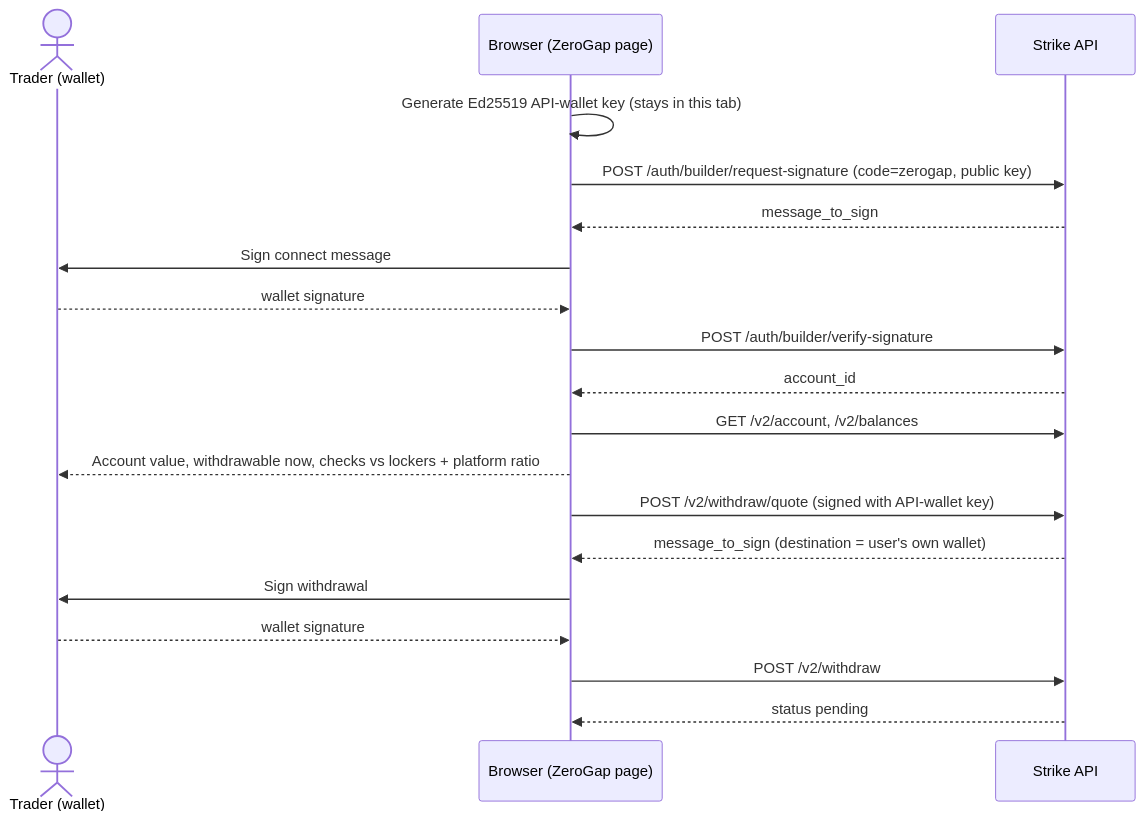
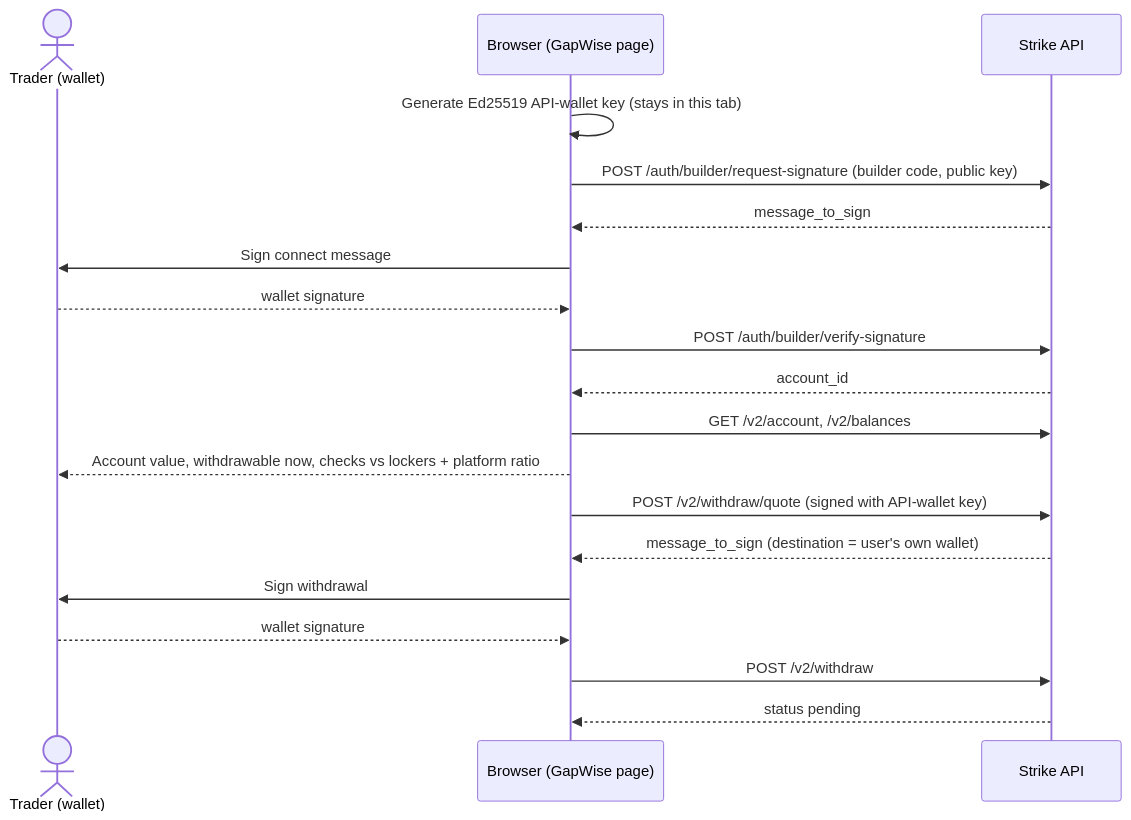
One commit to Lakshmikanth-3/GapWise changed the fourth of 4 diagrams in README.md. Above: the diagram before and after it, drawn with Mermaid. The commit also changed other lines of this file and 7 other files, not shown here.

Commit message:
Presentation: GapWise name only in README, docs, slides and site; pre-existing parts stated once, neutrally; GAPWISE_NETWORK / GAPWISE_URL aliases

````diff
--- a/README.md
+++ b/README.md
@@ -383,21 +358,21 @@
 ```mermaid
 sequenceDiagram
   actor U as Trader (wallet)
-  participant B as Browser (ZeroGap page)
+  participant B as Browser (GapWise page)
   participant S as Strike API
   B->>B: Generate Ed25519 API-wallet key (stays in this tab)
-  B->>S: POST /auth/builder/request-signature (code=zerogap, public key)
+  B->>S: POST /auth/builder/request-signature (builder code, public key)
   S-->>B: message_to_sign
   B->>U: Sign connect message
   U-->>B: wallet signature
   B->>S: POST /auth/builder/verify-signature
   S-->>B: account_id
   B->>S: GET /v2/account, /v2/balances
   B-->>U: Account value, withdrawable now, checks vs lockers + platform ratio
   B->>S: POST /v2/withdraw/quote (signed with API-wallet key)
   S-->>B: message_to_sign (destination = user's own wallet)
   B->>U: Sign withdrawal
   U-->>B: wallet signature
   B->>S: POST /v2/withdraw
   S-->>B: status pending
 ```
````
